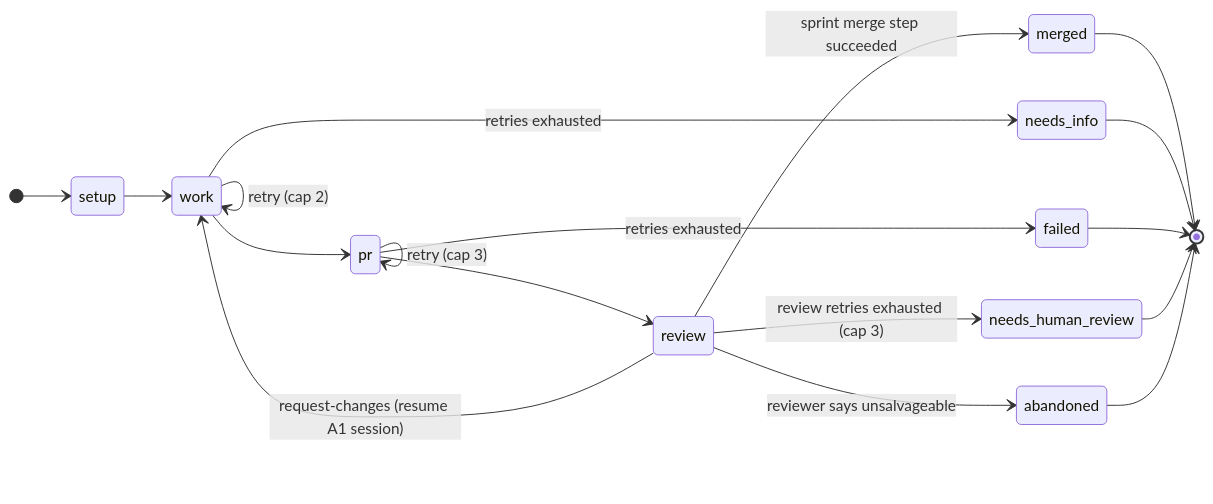
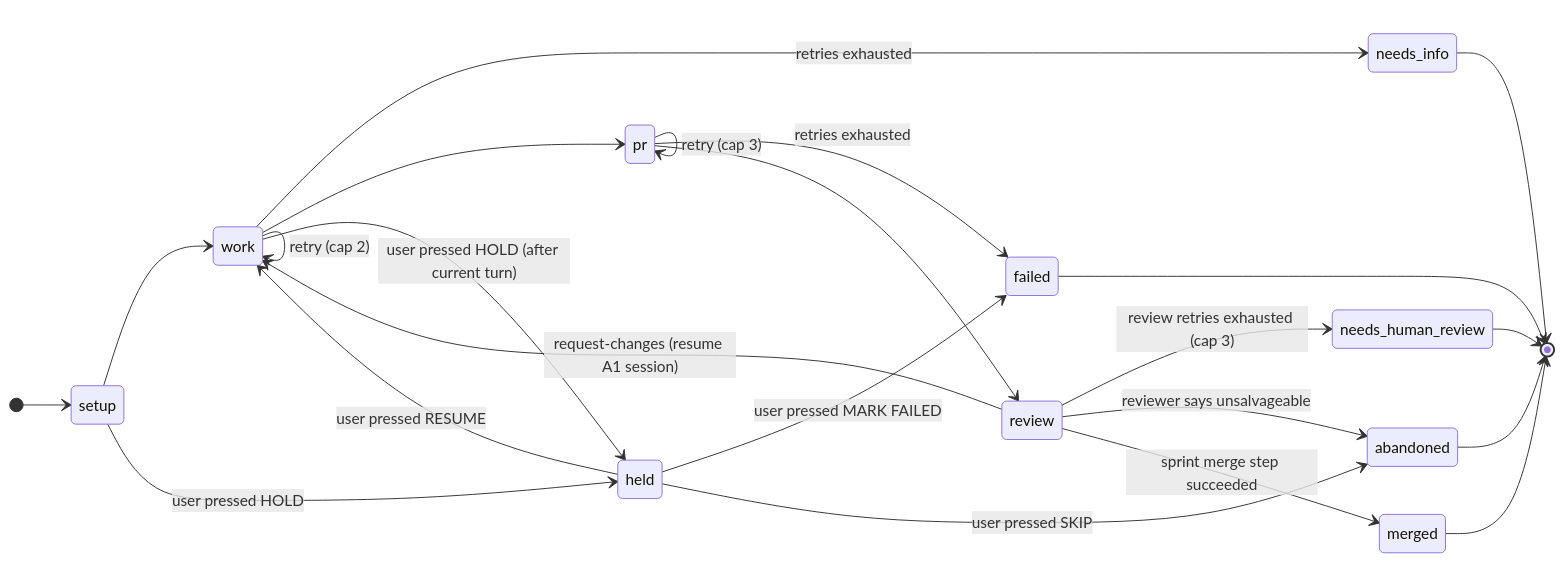
Before and after one commit to YosifElessawi/naml: the third of 7 diagrams in docs/DESIGN-V2.md, drawn with Mermaid. The commit also changed other lines of this file and 16 other files, not shown here.

First line of the commit message:
[2026-05-19-cockpit-v2/slice-14] Held slice state + HOLD intervention + drawer gating polish (#50)

````diff
--- a/docs/DESIGN-V2.md
+++ b/docs/DESIGN-V2.md
@@ -233,21 +233,26 @@
 ```mermaid
 stateDiagram-v2
     direction LR
     [*] --> setup
     setup --> work
+    setup --> held: user pressed HOLD
     work --> work: retry (cap 2)
     work --> needs_info: retries exhausted
     work --> pr
+    work --> held: user pressed HOLD (after current turn)
+    held --> work: user pressed RESUME
+    held --> failed: user pressed MARK FAILED
+    held --> abandoned: user pressed SKIP
     pr --> pr: retry (cap 3)
     pr --> failed: retries exhausted
     pr --> review
     review --> work: request-changes (resume A1 session)
     review --> needs_human_review: review retries exhausted (cap 3)
     review --> abandoned: reviewer says unsalvageable
     review --> merged: sprint merge step succeeded
     merged --> [*]
     needs_info --> [*]
     failed --> [*]
     needs_human_review --> [*]
     abandoned --> [*]
 ```
````
